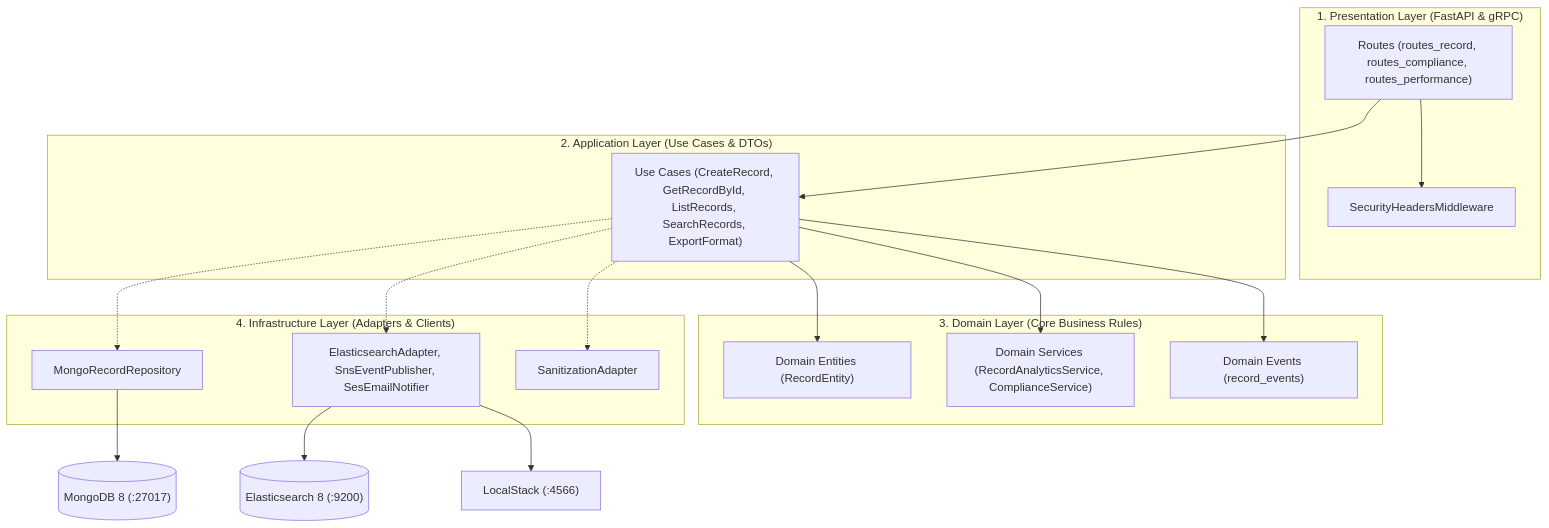
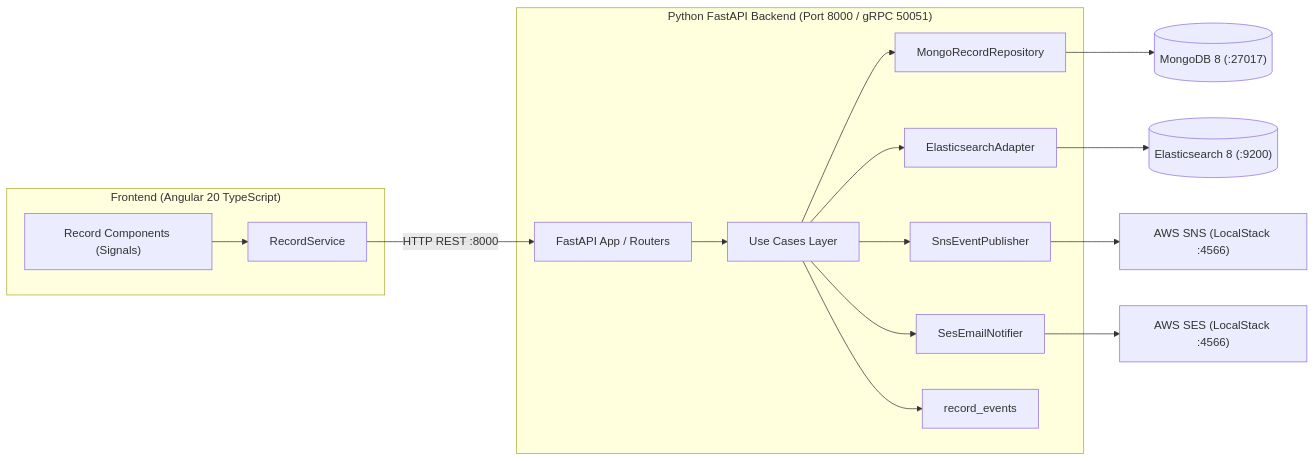
Before and after one commit to Benny-Testable/Demo_Stack-: the diagram in README.md, drawn with Mermaid. The commit also changed other lines of this file and 40 other files, not shown here.

Commit message:
feat(stack): create TypeScript + Python hybrid stack with Angular 20 and FastAPI Clean Architecture

````diff
--- a/README.md
+++ b/README.md
@@ -22,26 +22,21 @@
 ```mermaid
-flowchart TD
-    subgraph Presentation["1. Presentation Layer (FastAPI & gRPC)"]
-        Routes["Routes (routes_record, routes_compliance, routes_performance)"] --> Middlewares["SecurityHeadersMiddleware"]
+flowchart LR
+    subgraph UI["Frontend (Angular 20 TypeScript)"]
+        Ng["Record Components (Signals)"] --> Http["RecordService"]
     end
 
-    subgraph Application["2. Application Layer (Use Cases & DTOs)"]
-        Routes --> UseCases["Use Cases (CreateRecord, GetRecordById, ListRecords, SearchRecords, ExportFormat)"]
+    subgraph Backend["Python FastAPI Backend (Port 8000 / gRPC 50051)"]
+        FastAPI["FastAPI App / Routers"] --> UCase["Use Cases Layer"]
+        UCase --> MongoRepo["MongoRecordRepository"]
+        UCase --> ESAdapter["ElasticsearchAdapter"]
+        UCase --> SNSAdapter["SnsEventPublisher"]
+        UCase --> SESAdapter["SesEmailNotifier"]
+        UCase --> Evt["record_events"]
     end
 
-    subgraph Domain["3. Domain Layer (Core Business Rules)"]
-        UseCases --> Entities["Domain Entities (RecordEntity)"]
-        UseCases --> DomainServices["Domain Services (RecordAnalyticsService, ComplianceService)"]
-        UseCases --> Events["Domain Events (record_events)"]
-    end
-
-    subgraph Infrastructure["4. Infrastructure Layer (Adapters & Clients)"]
-        UseCases -.-> Repositories["MongoRecordRepository"]
-        UseCases -.-> ExternalAdapters["ElasticsearchAdapter, SnsEventPublisher, SesEmailNotifier"]
-        UseCases -.-> SecurityAdapters["SanitizationAdapter"]
-    end
-
-    Repositories --> Mongo[("MongoDB 8 (:27017)")]
-    ExternalAdapters --> ES[("Elasticsearch 8 (:9200)")]
-    ExternalAdapters --> AWS["LocalStack (:4566)"]
+    Http -- "HTTP REST :8000" --> FastAPI
+    MongoRepo --> MDB[("MongoDB 8 (:27017)")]
+    ESAdapter --> ES[("Elasticsearch 8 (:9200)")]
+    SNSAdapter --> AWS1["AWS SNS (LocalStack :4566)"]
+    SESAdapter --> AWS2["AWS SES (LocalStack :4566)"]
 ```
````
